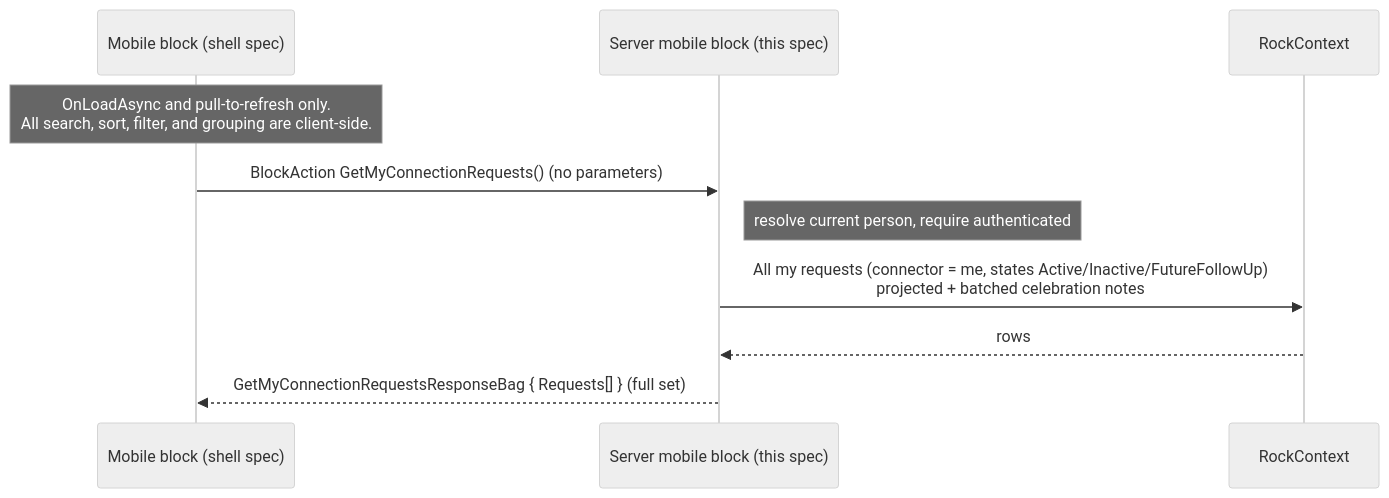
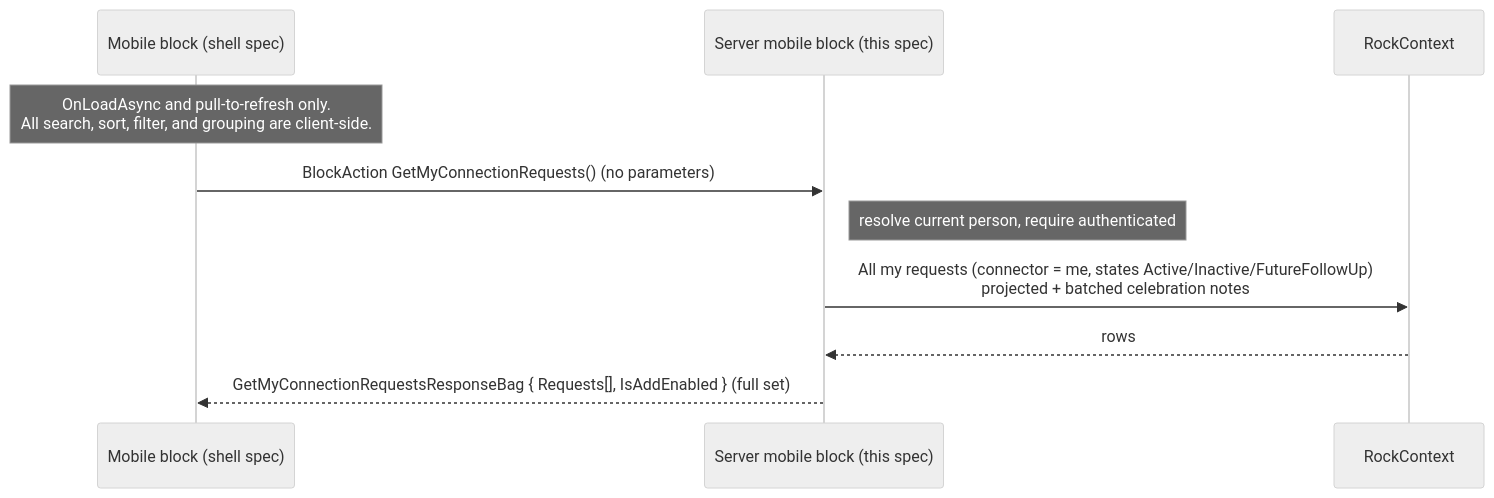
Before and after one commit to nwoeddie/Rock: the diagram in specs/260609-mobile-my-connection-requests.md, drawn with Mermaid (neutral theme). The commit also changed other lines of this file and 1 other file, not shown here.

Commit message:
- Added My Connection Requests block

````diff
--- a/specs/260609-mobile-my-connection-requests.md
+++ b/specs/260609-mobile-my-connection-requests.md
@@ -94,13 +99,13 @@
 ```mermaid
 sequenceDiagram
     participant M as Mobile block (shell spec)
     participant S as Server mobile block (this spec)
     participant DB as RockContext
 
     Note over M: OnLoadAsync and pull-to-refresh only.<br/>All search, sort, filter, and grouping are client-side.
     M->>S: BlockAction GetMyConnectionRequests()  (no parameters)
     Note right of S: resolve current person, require authenticated
     S->>DB: All my requests (connector = me, states Active/Inactive/FutureFollowUp)<br/>projected + batched celebration notes
     DB-->>S: rows
-    S-->>M: GetMyConnectionRequestsResponseBag { Requests[] }  (full set)
+    S-->>M: GetMyConnectionRequestsResponseBag { Requests[], IsAddEnabled }  (full set)
 ```
````
